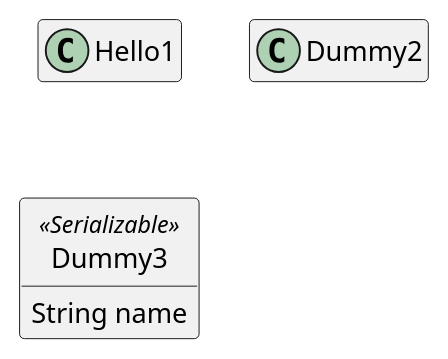
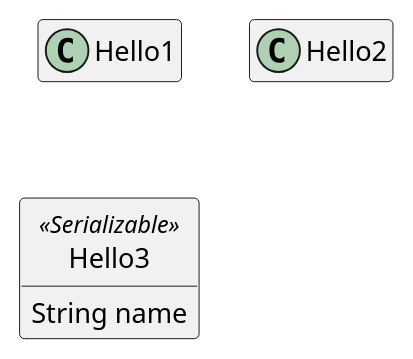
One commit to Matthias-Hess/plantuml-test changed the diagram in Test.puml. Above: the diagram before and after it, drawn with PlantUML.

```diff
--- a/Test.puml
+++ b/Test.puml
@@ -1,18 +1,18 @@
 @startuml
 class Hello1 {
   +myMethods()
 }
 
-class Dummy2 {
+class Hello2 {
   +hiddenMethod()
 }
 
-class Dummy3 <<Serializable>> {
+class Hello3 <<Serializable>> {
 String name
 }
 
 hide members
 hide <<Serializable>> circle
 show Dummy1 methods
 show <<Serializable>> fields
 @enduml
```
